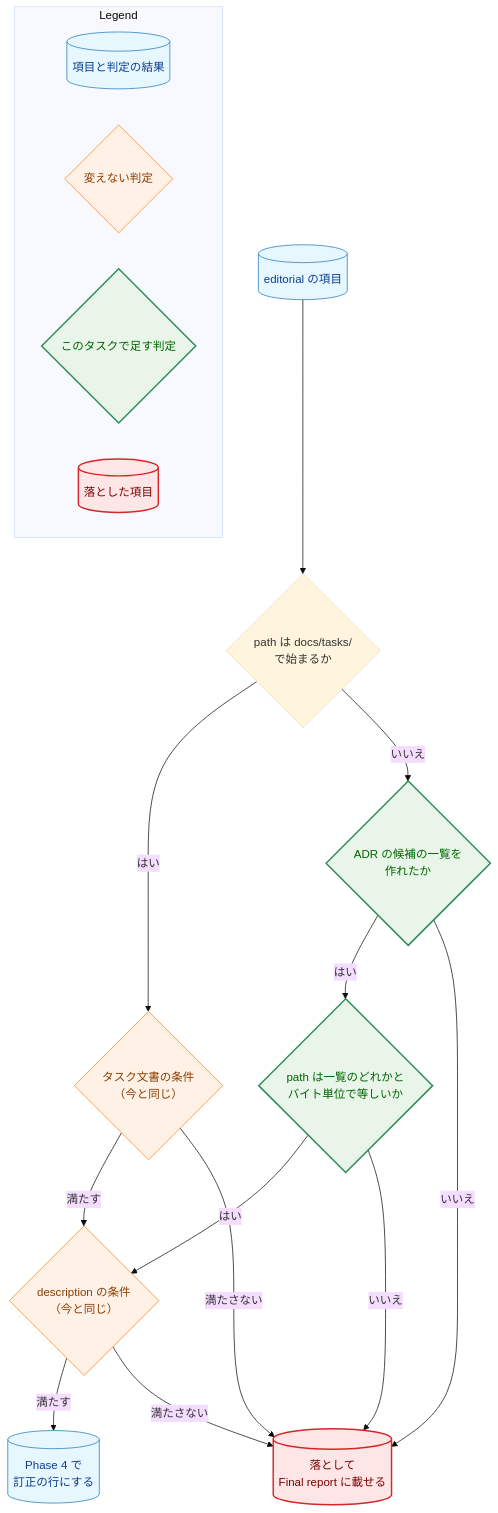
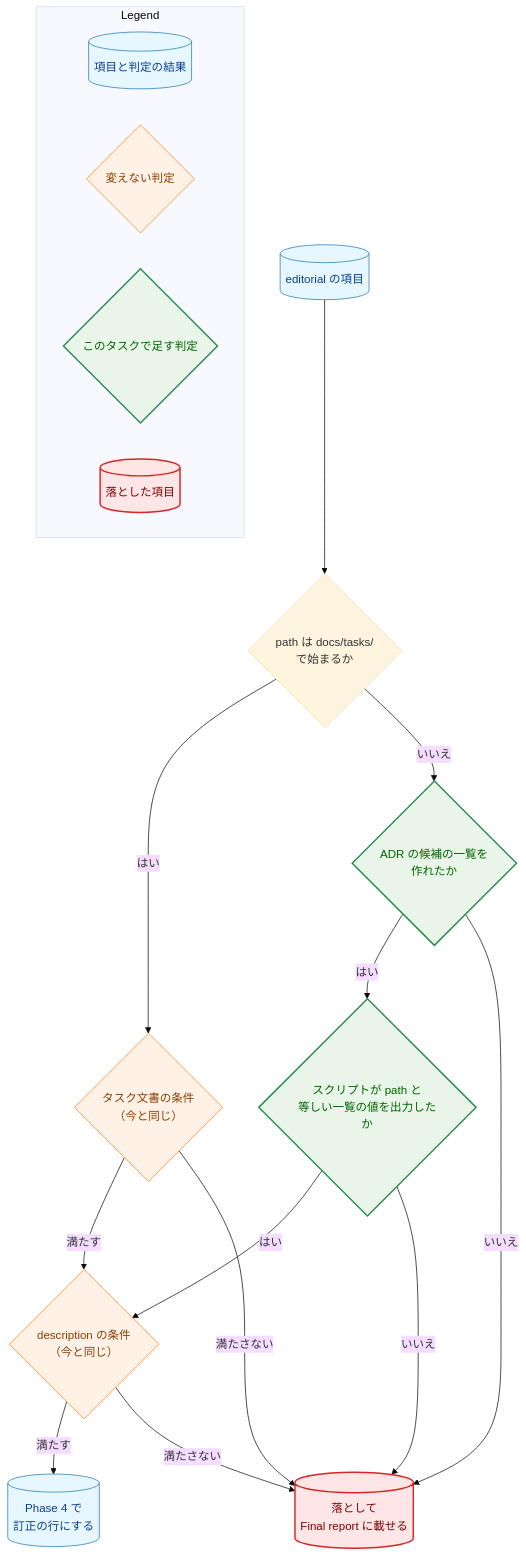
Before and after one commit to isseis/yt2column: the fifth of 5 diagrams in docs/tasks/0074_adr_editorial_correction/02_architecture.md, drawn with Mermaid (base theme). The commit also changed other lines of this file, not shown here.

````diff
--- a/docs/tasks/0074_adr_editorial_correction/02_architecture.md
+++ b/docs/tasks/0074_adr_editorial_correction/02_architecture.md
@@ -606,44 +608,44 @@
 ```mermaid
 flowchart TD
     classDef data fill:#e6f7ff,stroke:#1f77b4,stroke-width:1px,color:#0b3d91;
     classDef process fill:#fff1e6,stroke:#ff7f0e,stroke-width:1px,color:#8a3e00;
     classDef enhanced fill:#e8f5e8,stroke:#2e8b57,stroke-width:2px,color:#006400;
     classDef problem fill:#ffe6e6,stroke:#d62728,stroke-width:2px,color:#7b0000;
 
     IN[("editorial の項目")]
     P1{"path は docs/tasks/<br>で始まるか"}
     TASKC{"タスク文書の条件<br>（今と同じ）"}
     L0{"ADR の候補の一覧を<br>作れたか"}
-    L1{"path は一覧のどれかと<br>バイト単位で等しいか"}
+    L1{"スクリプトが path と<br>等しい一覧の値を出力したか"}
     D{"description の条件<br>（今と同じ）"}
     OK[("Phase 4 で<br>訂正の行にする")]
     NG[("落として<br>Final report に載せる")]
 
     IN --> P1
     P1 -->|"はい"| TASKC
     P1 -->|"いいえ"| L0
     L0 -->|"はい"| L1
     L0 -->|"いいえ"| NG
     L1 -->|"はい"| D
     L1 -->|"いいえ"| NG
     TASKC -->|"満たす"| D
     TASKC -->|"満たさない"| NG
     D -->|"満たす"| OK
     D -->|"満たさない"| NG
 
     class IN,OK data
     class TASKC,D process
     class L0,L1 enhanced
     class NG problem
 
     subgraph Legend["Legend"]
         L_1[("項目と判定の結果")]
         L_2{"変えない判定"}
         L_3{"このタスクで足す判定"}
         L_4[("落とした項目")]
     end
     class L_1 data
     class L_2 process
     class L_3 enhanced
     class L_4 problem
 ```
````
